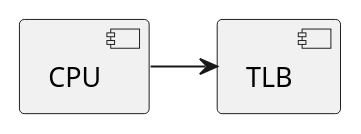
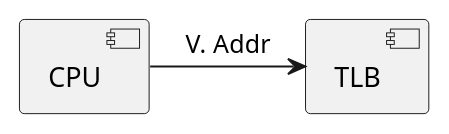
Before and after one commit to ashwinreddy/wiki: the diagram in Computer-Science/Page table.md, drawn with PlantUML.

Commit message:
Updated Page table.md (markdown)

```diff
--- a/Computer-Science/Page table.md
+++ b/Computer-Science/Page table.md
@@ -6,6 +6,6 @@
 @startuml
 [CPU]
 [TLB]
 
-[CPU] -> [TLB]
+[CPU] -> [TLB]: V. Addr
 @enduml
```
